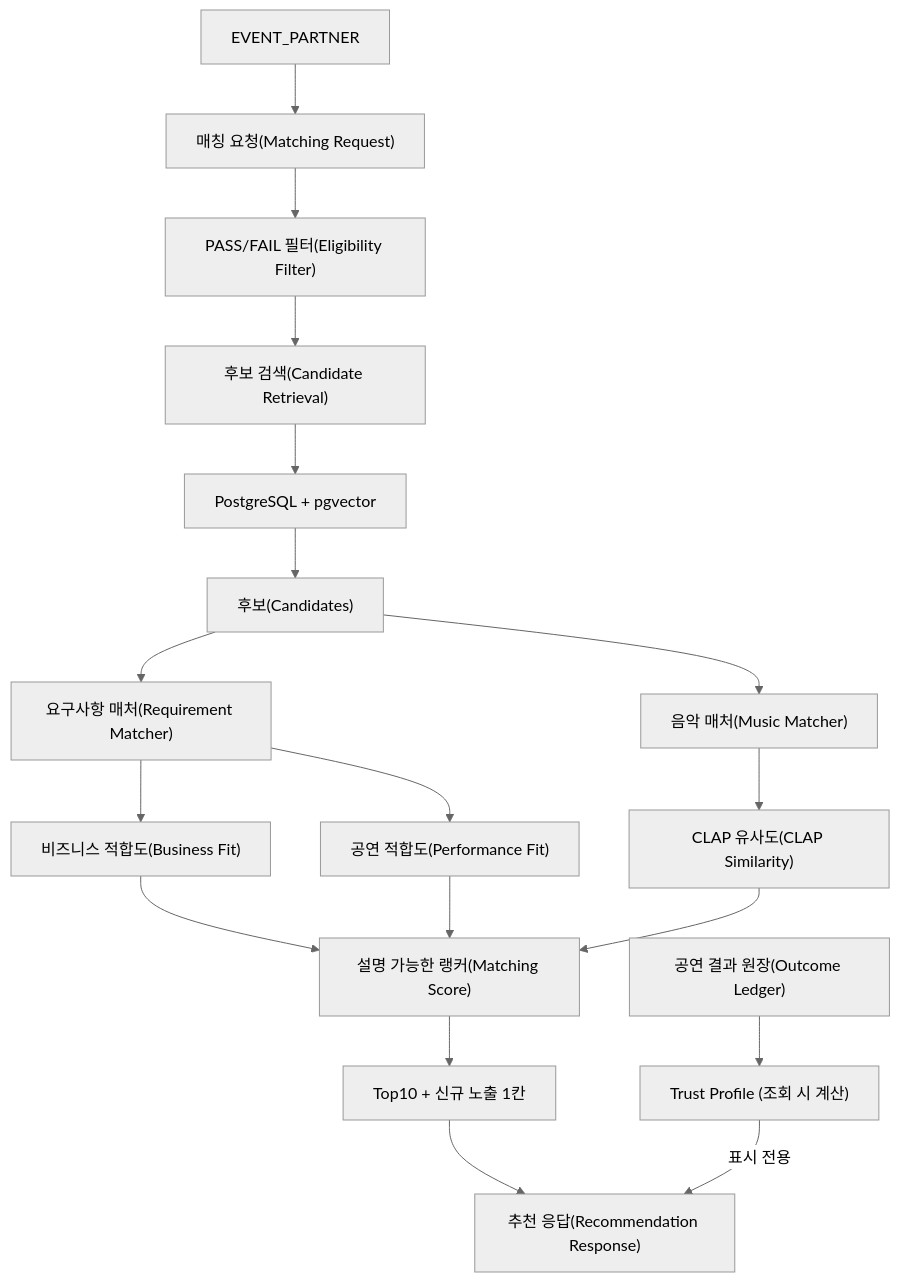
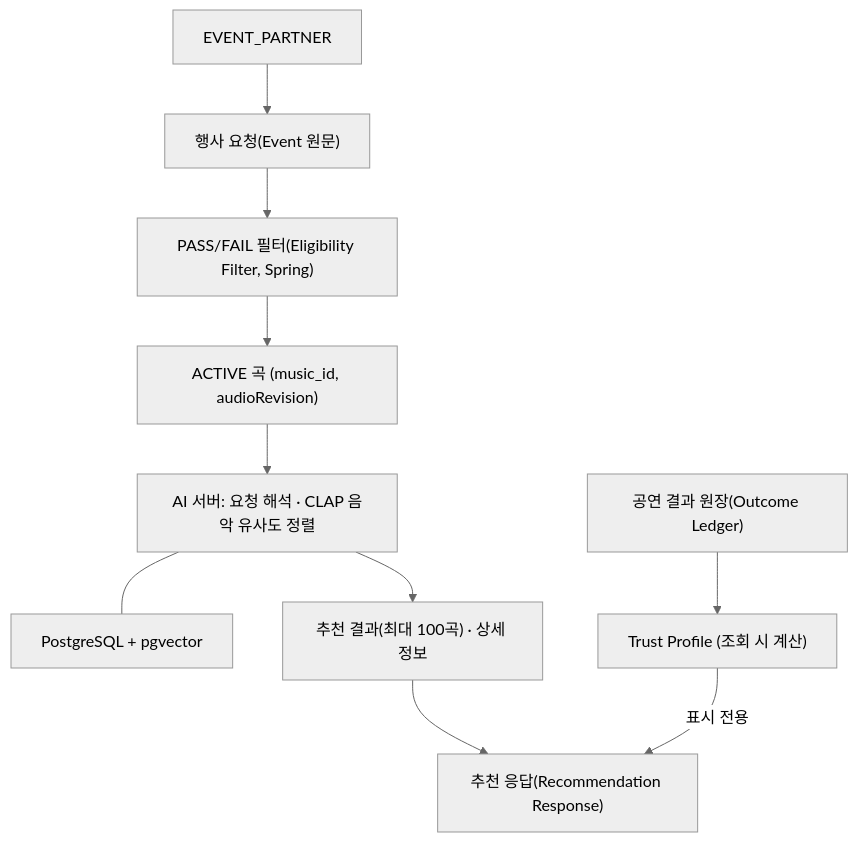
One commit to nsuCapstoneTeam/NSU_CAPSTONE changed the ninth of 10 diagrams in docs/adr/artist_trust_architecture/01_artist_trust_architecture.md. Above: the diagram before and after it, drawn with Mermaid (neutral theme). The commit also changed other lines of this file and 7 other files, not shown here.

````diff
--- a/docs/adr/artist_trust_architecture/01_artist_trust_architecture.md
+++ b/docs/adr/artist_trust_architecture/01_artist_trust_architecture.md
@@ -826,34 +825,22 @@
 ```mermaid
 flowchart TD
 
     Partner["EVENT_PARTNER"]
 
-    Partner --> Request["매칭 요청(Matching Request)"]
+    Partner --> Request["행사 요청(Event 원문)"]
 
-    Request --> Eligibility["PASS/FAIL 필터(Eligibility Filter)"]
+    Request --> Eligibility["PASS/FAIL 필터(Eligibility Filter, Spring)"]
 
-    Eligibility --> Retrieval["후보 검색(Candidate Retrieval)"]
+    Eligibility --> Pairs["ACTIVE 곡 (music_id, audioRevision)"]
 
-    Retrieval --> DB["PostgreSQL + pgvector"]
+    Pairs --> AI["AI 서버: 요청 해석 · CLAP 음악 유사도 정렬"]
 
-    DB --> Candidates["후보(Candidates)"]
+    AI --- DB["PostgreSQL + pgvector"]
 
-    Candidates --> Requirement["요구사항 매처(Requirement Matcher)"]
-    Candidates --> Music["음악 매처(Music Matcher)"]
-
-    Requirement --> Business["비즈니스 적합도(Business Fit)"]
-    Requirement --> Performance["공연 적합도(Performance Fit)"]
-
-    Music --> CLAP["CLAP 유사도(CLAP Similarity)"]
-
-    Business --> Ranker["설명 가능한 랭커(Matching Score)"]
-    Performance --> Ranker
-    CLAP --> Ranker
-
-    Ranker --> Top10["Top10 + 신규 노출 1칸"]
+    AI --> Result["추천 결과(최대 100곡) · 상세 정보"]
 
     Ledger["공연 결과 원장(Outcome Ledger)"] --> TrustProfile["Trust Profile (조회 시 계산)"]
 
-    Top10 --> Response["추천 응답(Recommendation Response)"]
+    Result --> Response["추천 응답(Recommendation Response)"]
     TrustProfile -->|표시 전용| Response
 ```
````
